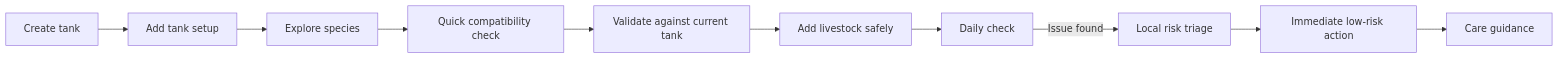
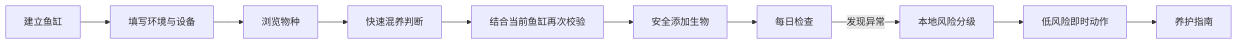
One commit to chusday97/aquaguide-tank-guide changed the first of 3 diagrams in README.md. Above: the diagram before and after it, drawn with Mermaid. The commit also changed other lines of this file, not shown here.

````diff
--- a/README.md
+++ b/README.md
@@ -21,12 +57,12 @@
 ```mermaid
 flowchart LR
-  A[Create tank] --> B[Add tank setup]
-  B --> C[Explore species]
-  C --> D[Quick compatibility check]
-  D --> E[Validate against current tank]
-  E --> F[Add livestock safely]
-  F --> G[Daily check]
-  G -->|Issue found| H[Local risk triage]
-  H --> I[Immediate low-risk action]
-  I --> J[Care guidance]
+  A[建立鱼缸] --> B[填写环境与设备]
+  B --> C[浏览物种]
+  C --> D[快速混养判断]
+  D --> E[结合当前鱼缸再次校验]
+  E --> F[安全添加生物]
+  F --> G[每日检查]
+  G -->|发现异常| H[本地风险分级]
+  H --> I[低风险即时动作]
+  I --> J[养护指南]
 ```
````
